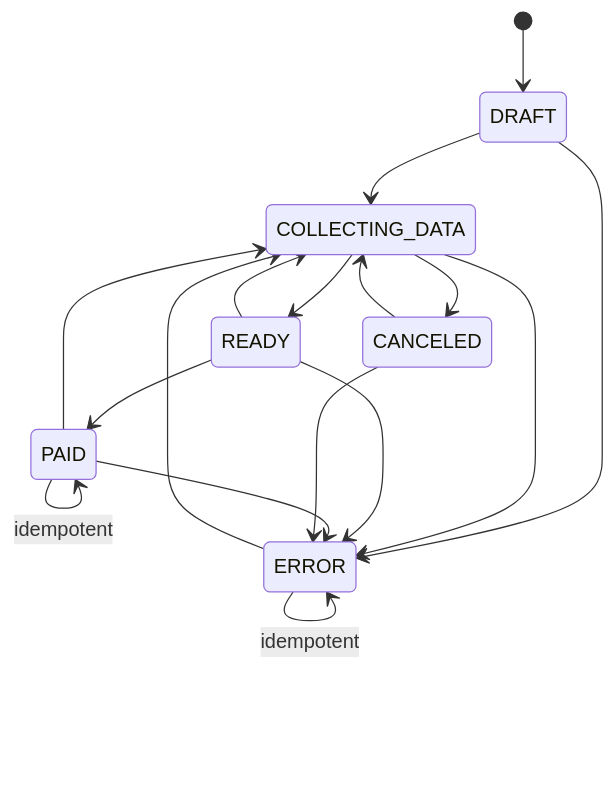
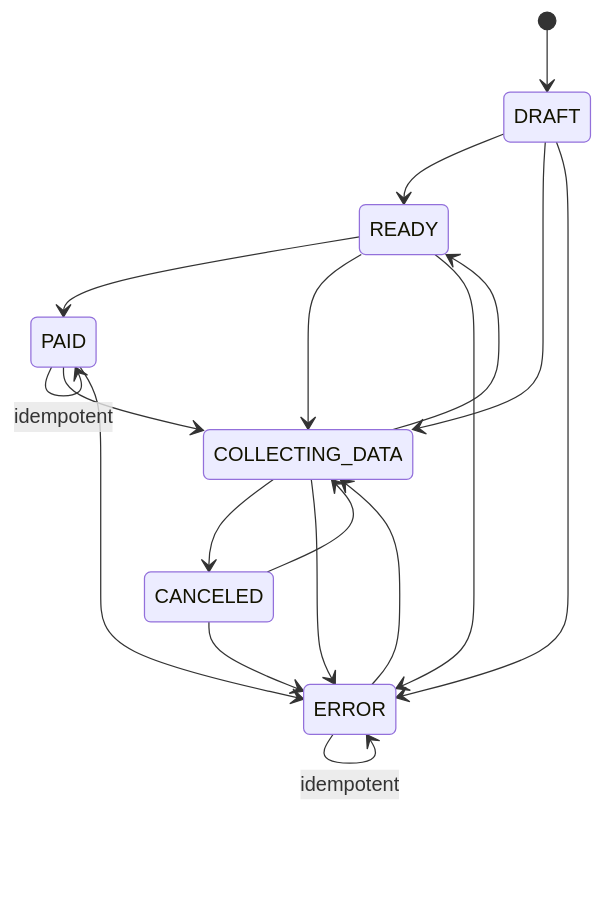
The diagram in docs/obligation-lifecycle.md (oblidog/oblidog-ledger), drawn with Mermaid before and after one commit. The commit also changed other lines of this file and 6 other files, not shown here.

````diff
--- a/docs/obligation-lifecycle.md
+++ b/docs/obligation-lifecycle.md
@@ -20,19 +20,20 @@
 ```mermaid
 stateDiagram-v2
     [*] --> DRAFT
+    DRAFT --> READY
     DRAFT --> COLLECTING_DATA
     DRAFT --> ERROR
     COLLECTING_DATA --> READY
     COLLECTING_DATA --> CANCELED
     COLLECTING_DATA --> ERROR
     READY --> PAID
     PAID --> PAID: idempotent
     READY --> COLLECTING_DATA
     READY --> ERROR
     PAID --> COLLECTING_DATA
     PAID --> ERROR
     CANCELED --> COLLECTING_DATA
     CANCELED --> ERROR
     ERROR --> ERROR: idempotent
     ERROR --> COLLECTING_DATA
 ```
````
